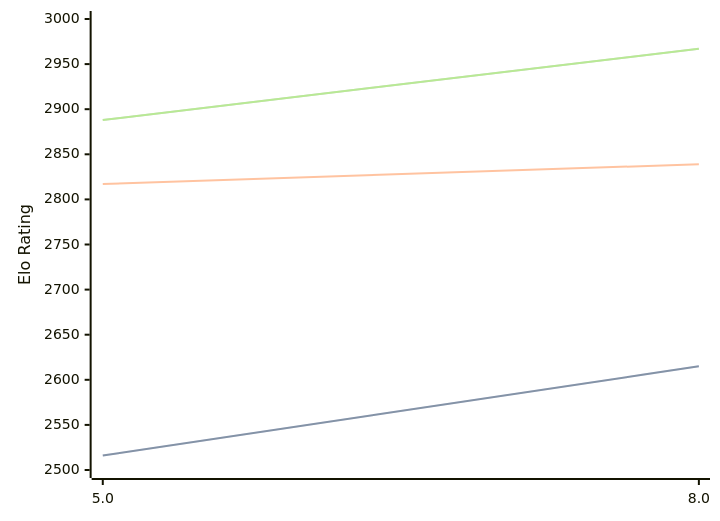
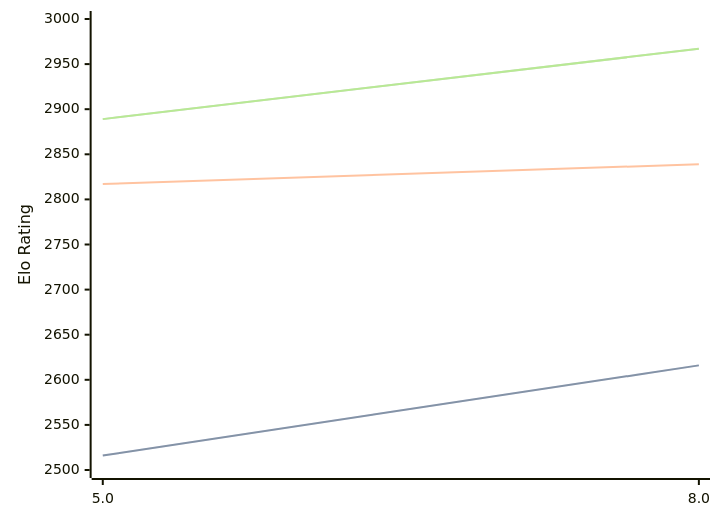
Before and after one commit to computer-chess-index/cci: the diagram in engines/4kc.md, drawn with Mermaid. The commit also changed other lines of this file, not shown here.

Commit message:
Update CCI Ratings (ELO VLTC) - 2026-04-12

````diff
--- a/engines/4kc.md
+++ b/engines/4kc.md
@@ -41,11 +41,11 @@
 ```mermaid
 %%{init: {"theme":"base","themeVariables":{"seriesColors:['#a3a3a3','#222221','#faa371']}}}%%
 xychart-beta
   x-axis ["5.0", "8.0"]
   y-axis "Elo Rating" 2500 --> 3000
-  line "STC (8.0+0.08s)" [2516, 2615]
-  line "STC (8.0+0.08s)" [2516, 2615]
+  line "STC (8.0+0.08s)" [2516, 2616]
+  line "STC (8.0+0.08s)" [2516, 2616]
   line "LTC (60.0+0.60s)" [2817, 2839]
-  line "VLTC (2m24s+1.12s)" [2888, 2967]
-  line "VLTC (2m24s+1.12s)" [2888, 2967]
+  line "VLTC (2m24s+1.12s)" [2889, 2967]
+  line "VLTC (2m24s+1.12s)" [2889, 2967]
 ```
````
